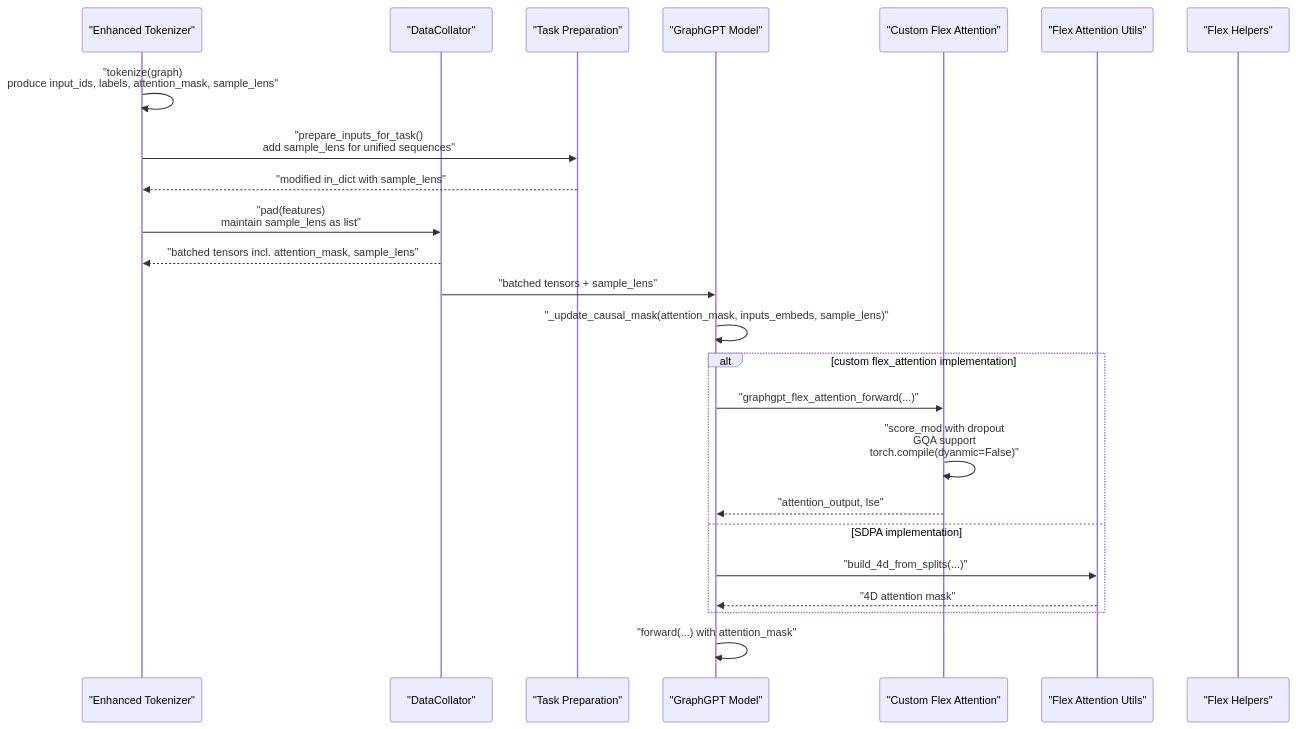
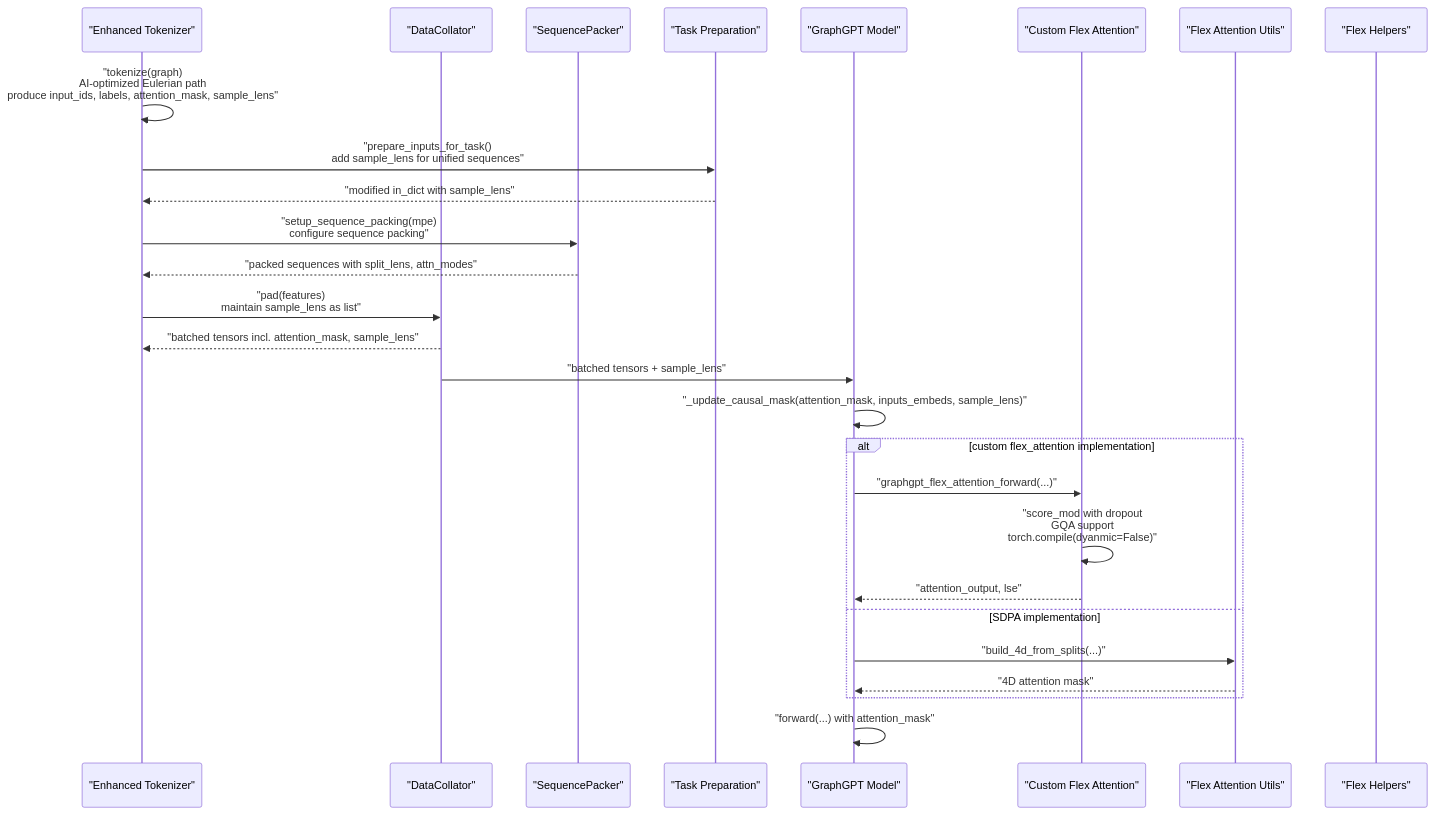
One commit to alibaba/graph-gpt changed the second of 12 diagrams in .qoder/repowiki/en/content/Utility Functions/Attention Mask Utilities.md. Above: the diagram before and after it, drawn with Mermaid. The commit also changed other lines of this file and 9 other files, not shown here.

````diff
--- a/.qoder/repowiki/en/content/Utility Functions/Attention Mask Utilities.md
+++ b/.qoder/repowiki/en/content/Utility Functions/Attention Mask Utilities.md
@@ -279,26 +310,29 @@
 ```mermaid
 sequenceDiagram
 participant Tok as "Enhanced Tokenizer"
 participant Coll as "DataCollator"
+participant Pack as "SequencePacker"
 participant Task as "Task Preparation"
 participant Model as "GraphGPT Model"
 participant CustomFlex as "Custom Flex Attention"
 participant FlexUtils as "Flex Attention Utils"
 participant FlexHelpers as "Flex Helpers"
-Tok->>Tok : "tokenize(graph)<br/>produce input_ids, labels, attention_mask, sample_lens"
+Tok->>Tok : "tokenize(graph)<br/>AI-optimized Eulerian path<br/>produce input_ids, labels, attention_mask, sample_lens"
 Tok->>Task : "prepare_inputs_for_task()<br/>add sample_lens for unified sequences"
 Task-->>Tok : "modified in_dict with sample_lens"
+Tok->>Pack : "setup_sequence_packing(mpe)<br/>configure sequence packing"
+Pack-->>Tok : "packed sequences with split_lens, attn_modes"
 Tok->>Coll : "pad(features)<br/>maintain sample_lens as list"
 Coll-->>Tok : "batched tensors incl. attention_mask, sample_lens"
 Coll->>Model : "batched tensors + sample_lens"
 Model->>Model : "_update_causal_mask(attention_mask, inputs_embeds, sample_lens)"
 alt custom flex_attention implementation
 Model->>CustomFlex : "graphgpt_flex_attention_forward(...)"
 CustomFlex->>CustomFlex : "score_mod with dropout<br/>GQA support<br/>torch.compile(dyanmic=False)"
 CustomFlex-->>Model : "attention_output, lse"
 else SDPA implementation
 Model->>FlexUtils : "build_4d_from_splits(...)"
 FlexUtils-->>Model : "4D attention mask"
 end
 Model->>Model : "forward(...) with attention_mask"
 ```
````
